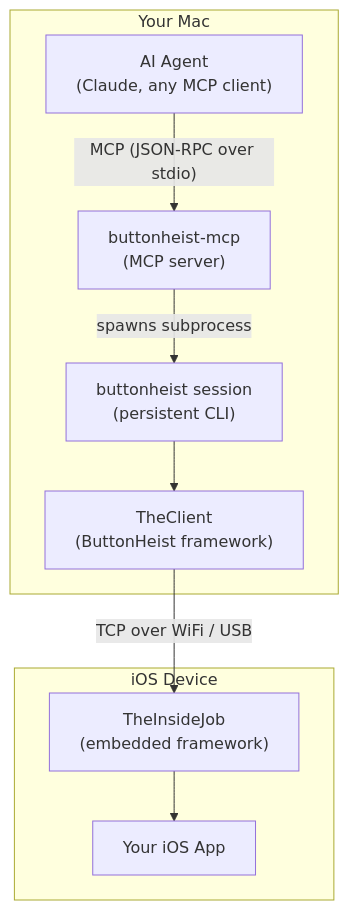
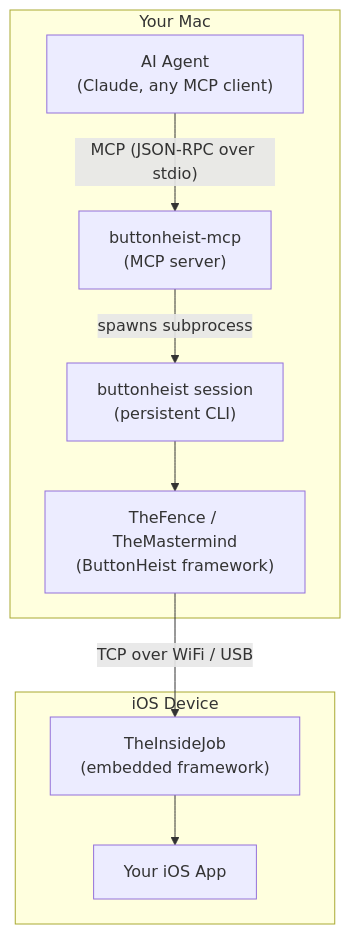
One commit to RoyalPineapple/TheButtonHeist changed the diagram in README.md. Above: the diagram before and after it, drawn with Mermaid. The commit also changed other lines of this file, not shown here.

Commit message:
README: drop Role column from crew tables, tighten heist-themed copy

````diff
--- a/README.md
+++ b/README.md
@@ -56,27 +60,27 @@
 ```mermaid
 graph TD
     AI["AI Agent<br/>(Claude, any MCP client)"]
     MCP["buttonheist-mcp<br/>(MCP server)"]
     Session["buttonheist session<br/>(persistent CLI)"]
-    Client["TheClient<br/>(ButtonHeist framework)"]
+    Client["TheFence / TheMastermind<br/>(ButtonHeist framework)"]
     IJ["TheInsideJob<br/>(embedded framework)"]
     App["Your iOS App"]
 
     AI -->|"MCP (JSON-RPC over stdio)"| MCP
     MCP -->|"spawns subprocess"| Session
     Session --> Client
     Client -->|"TCP over WiFi / USB"| IJ
     IJ --> App
 
     subgraph Mac["Your Mac"]
         AI
         MCP
         Session
         Client
     end
 
     subgraph Device["iOS Device"]
         IJ
         App
     end
 ```
````
